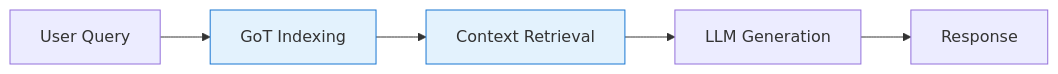
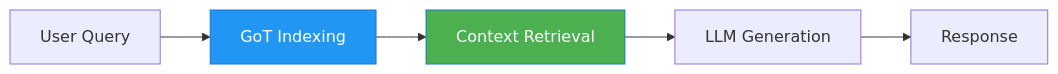
One commit to gpbacay/graph-of-thought changed the first of 4 diagrams in README-GOT.md. Above: the diagram before and after it, drawn with Mermaid. The commit also changed 1 other file, not shown here.

Commit message:
docs(readme): enhance process flow diagrams with styled mermaid graphs
- Replace plain text diagrams with mermaid syntax for better visualization
- Add color styling to nodes for improved readability and distinction
- Update multiple graph sections to use styled nodes consistently
- Highlight key components of retrieval process with distinctive colors
- Improve overall clarity of documentation illustrations

````diff
--- a/README-GOT.md
+++ b/README-GOT.md
@@ -21,10 +21,10 @@
 ```mermaid
 graph LR
     A[User Query] --> B[GoT Indexing]
     B --> C[Context Retrieval]
     C --> D[LLM Generation]
     D --> E[Response]
     
-    style B fill:#e3f2fd,stroke:#1976d2
-    style C fill:#e3f2fd,stroke:#1976d2
+    style B fill:#2196f3,color:#ffffff,stroke:#1976d2
+    style C fill:#4caf50,color:#ffffff,stroke:#1976d2
 ```
````
